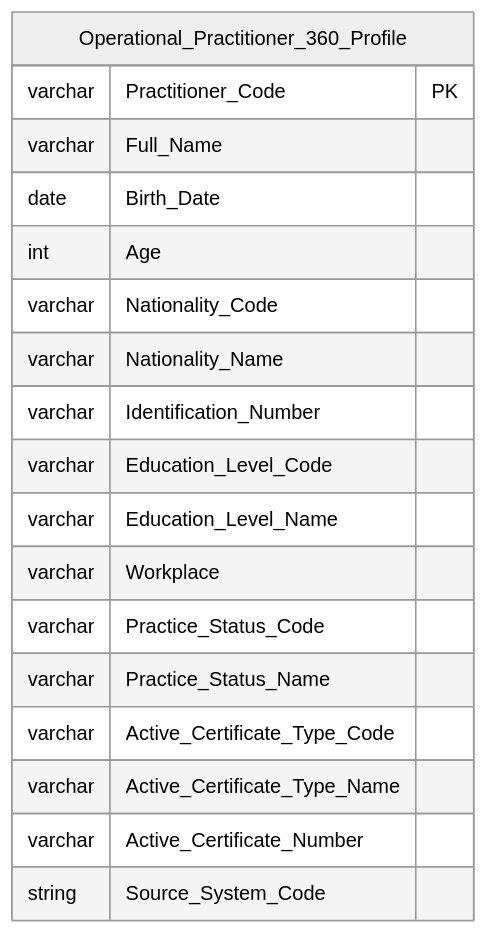
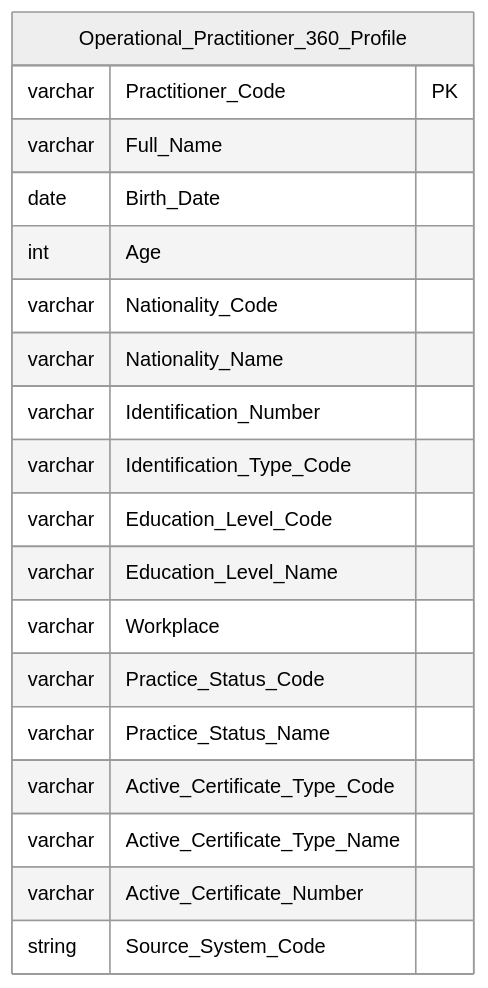
One commit to linhlvit/ubck_atomic_design changed diagram 22 of 39 in Datamart/hld/DTM_NHNCK_HLD.md. Above: the diagram before and after it, drawn with Mermaid (neutral theme). The commit also changed other lines of this file and 13 other files, not shown here.

````diff
--- a/Datamart/hld/DTM_NHNCK_HLD.md
+++ b/Datamart/hld/DTM_NHNCK_HLD.md
@@ -1023,22 +1026,23 @@
 ```mermaid
 erDiagram
     Operational_Practitioner_360_Profile {
         varchar Practitioner_Code PK
         varchar Full_Name
         date Birth_Date
         int Age
         varchar Nationality_Code
         varchar Nationality_Name
         varchar Identification_Number
+        varchar Identification_Type_Code
         varchar Education_Level_Code
         varchar Education_Level_Name
         varchar Workplace
         varchar Practice_Status_Code
         varchar Practice_Status_Name
         varchar Active_Certificate_Type_Code
         varchar Active_Certificate_Type_Name
         varchar Active_Certificate_Number
         string Source_System_Code
 
     }
 ```
````
